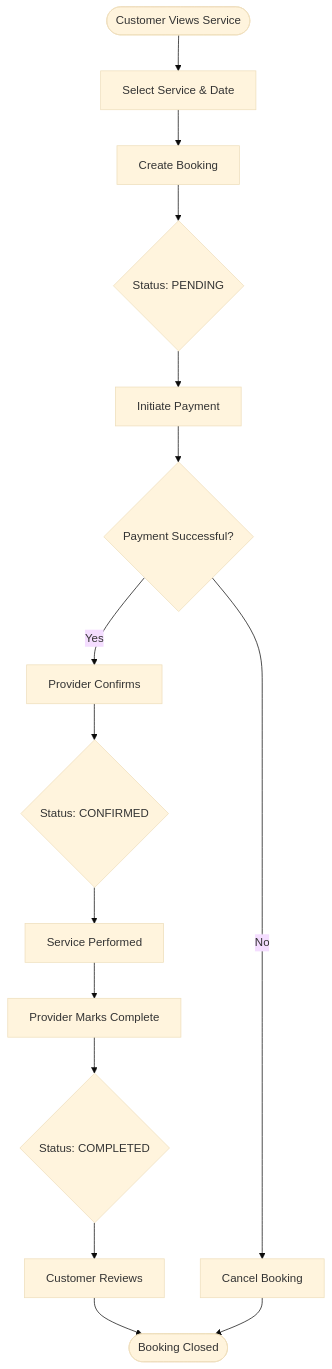
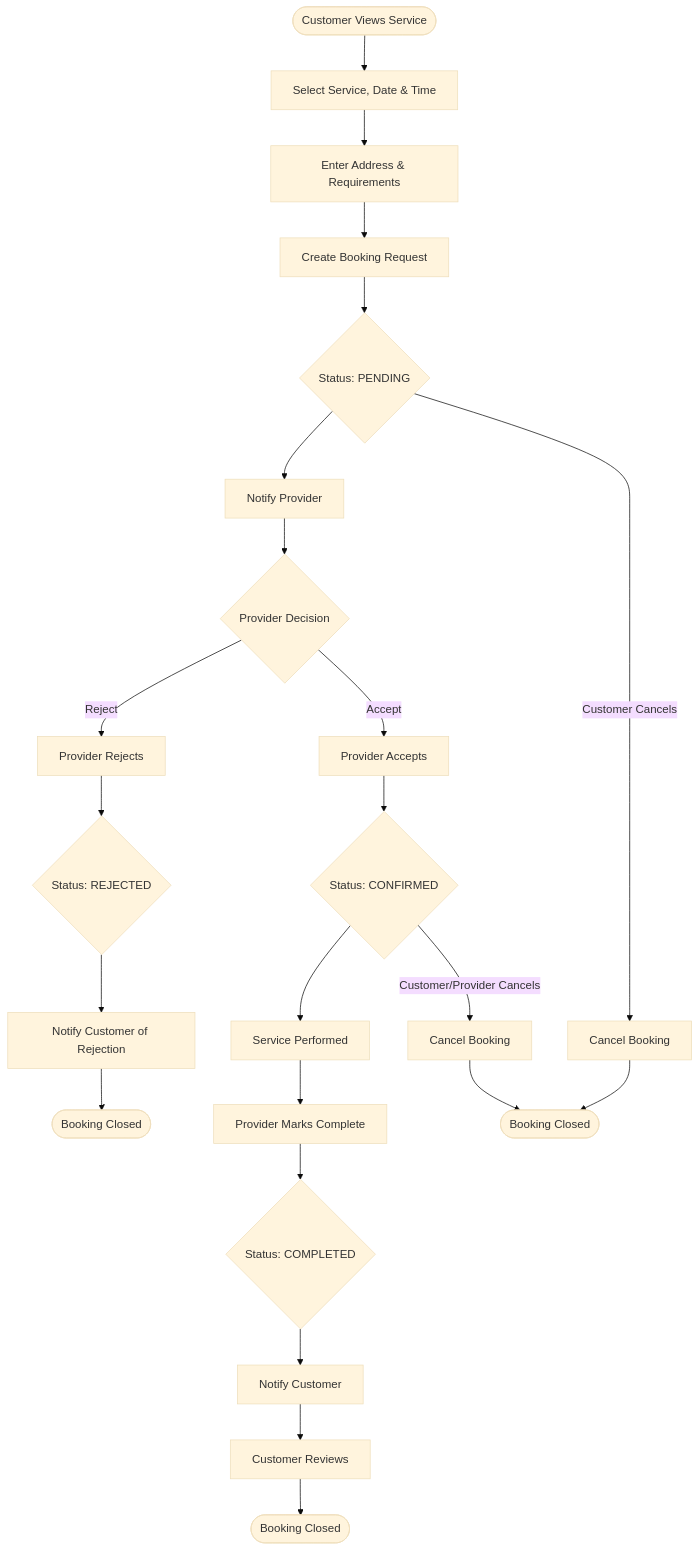
Before and after one commit to botvecna47/MH26-Services: diagram 14 of 18 in docs/UML_DIAGRAMS.md, drawn with Mermaid (base theme). The commit also changed other lines of this file, not shown here.

Commit message:
docs: Clean up UML diagrams - remove payment components and update booking flow

````diff
--- a/docs/UML_DIAGRAMS.md
+++ b/docs/UML_DIAGRAMS.md
@@ -654,17 +664,25 @@
 ```mermaid
 flowchart TD
-    Start([Customer Views Service]) --> Select[Select Service & Date]
-    Select --> CreateBooking[Create Booking]
+    Start([Customer Views Service]) --> Select[Select Service, Date & Time]
+    Select --> EnterDetails[Enter Address & Requirements]
+    EnterDetails --> CreateBooking[Create Booking Request]
     CreateBooking --> Pending{Status: PENDING}
-    Pending --> Payment[Initiate Payment]
-    Payment --> PayProcess{Payment Successful?}
-    PayProcess -->|Yes| Confirm[Provider Confirms]
-    PayProcess -->|No| Cancel1[Cancel Booking]
-    Confirm --> Confirmed{Status: CONFIRMED}
+    Pending --> NotifyProvider[Notify Provider]
+    NotifyProvider --> ProviderDecision{Provider Decision}
+    ProviderDecision -->|Accept| Accept[Provider Accepts]
+    ProviderDecision -->|Reject| Reject[Provider Rejects]
+    Accept --> Confirmed{Status: CONFIRMED}
+    Reject --> Rejected{Status: REJECTED}
+    Rejected --> NotifyCustomer[Notify Customer of Rejection]
+    NotifyCustomer --> End1([Booking Closed])
     Confirmed --> Service[Service Performed]
     Service --> Complete[Provider Marks Complete]
     Complete --> Completed{Status: COMPLETED}
-    Completed --> Review[Customer Reviews]
-    Review --> End([Booking Closed])
-    Cancel1 --> End
+    Completed --> NotifyCustomer2[Notify Customer]
+    NotifyCustomer2 --> Review[Customer Reviews]
+    Review --> End2([Booking Closed])
+    Pending -->|Customer Cancels| Cancel1[Cancel Booking]
+    Confirmed -->|Customer/Provider Cancels| Cancel2[Cancel Booking]
+    Cancel1 --> End3([Booking Closed])
+    Cancel2 --> End3
 ```
````
